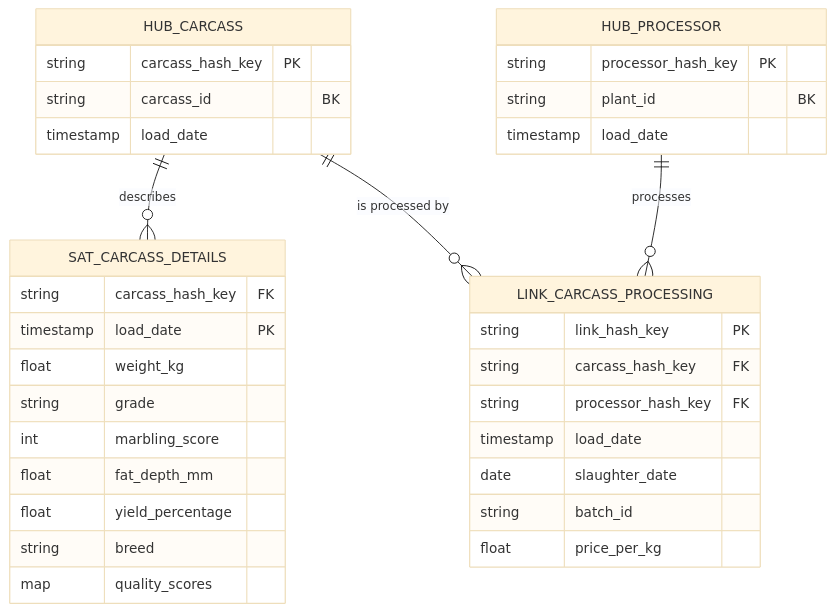
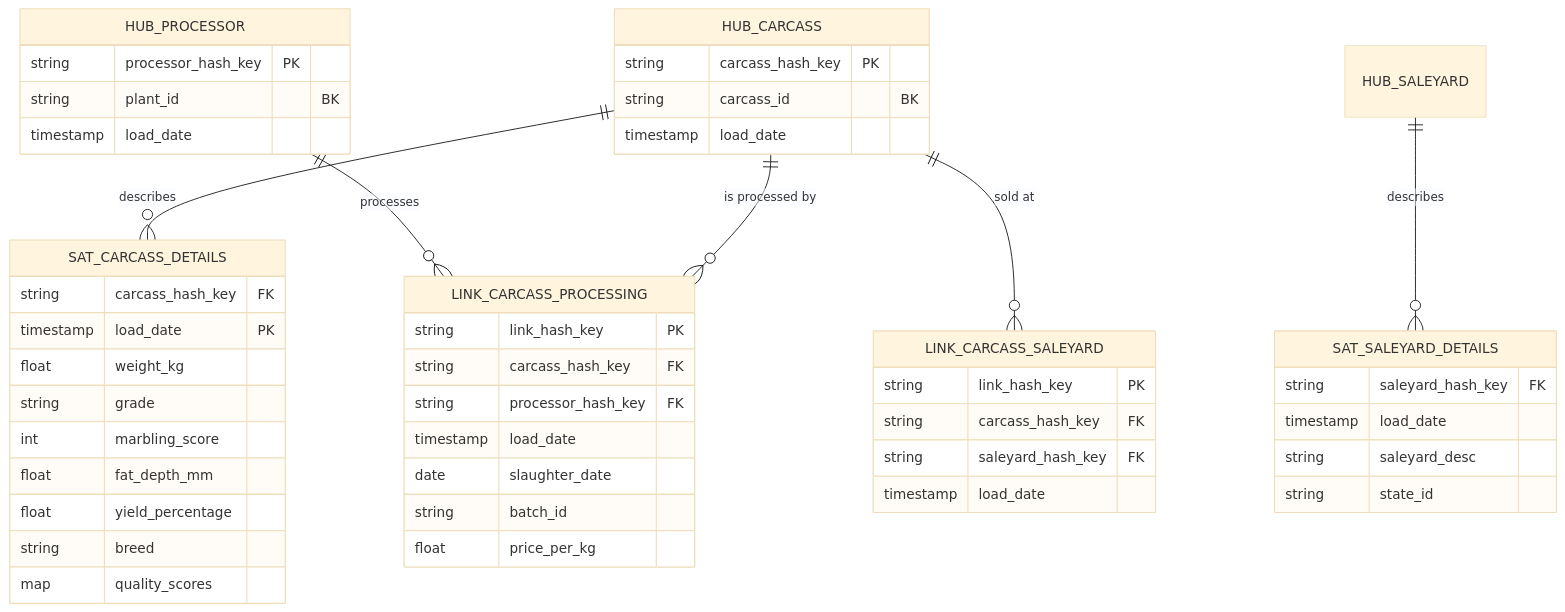
Before and after one commit to pasunboneleve/meat-dist-data-platform: the first of 2 diagrams in docs/lakehouse-data-model.md, drawn with Mermaid (base theme). The commit also changed other lines of this file, not shown here.

Commit message:
update schema documentation for kimball

````diff
--- a/docs/lakehouse-data-model.md
+++ b/docs/lakehouse-data-model.md
@@ -108,43 +108,61 @@
 ```mermaid
 erDiagram
 
  HUB_CARCASS ||--o{ SAT_CARCASS_DETAILS : "describes"
 
  HUB_PROCESSOR ||--o{ LINK_CARCASS_PROCESSING : "processes"
 
  HUB_CARCASS ||--o{ LINK_CARCASS_PROCESSING : "is processed by"
+
+ HUB_SALEYARD ||--o{ SAT_SALEYARD_DETAILS : "describes"
+
+ HUB_CARCASS ||--o{ LINK_CARCASS_SALEYARD : "sold at"
 
  HUB_CARCASS {
   string carcass_hash_key PK
   string carcass_id "BK"
   timestamp load_date
  }
 
  HUB_PROCESSOR {
   string processor_hash_key PK
   string plant_id "BK"
   timestamp load_date
  }
 
  SAT_CARCASS_DETAILS {
   string carcass_hash_key FK
   timestamp load_date PK
   float weight_kg
   string grade
   int marbling_score
   float fat_depth_mm
   float yield_percentage
   string breed
   map quality_scores
  }
 
  LINK_CARCASS_PROCESSING {
   string link_hash_key PK
   string carcass_hash_key FK
   string processor_hash_key FK
   timestamp load_date
   date slaughter_date
   string batch_id
   float price_per_kg
  }
+ 
+ SAT_SALEYARD_DETAILS {
+  string saleyard_hash_key FK
+  timestamp load_date
+  string saleyard_desc
+  string state_id
+ }
+ 
+ LINK_CARCASS_SALEYARD {
+  string link_hash_key PK
+  string carcass_hash_key FK
+  string saleyard_hash_key FK
+  timestamp load_date
+ }
 ```
````
